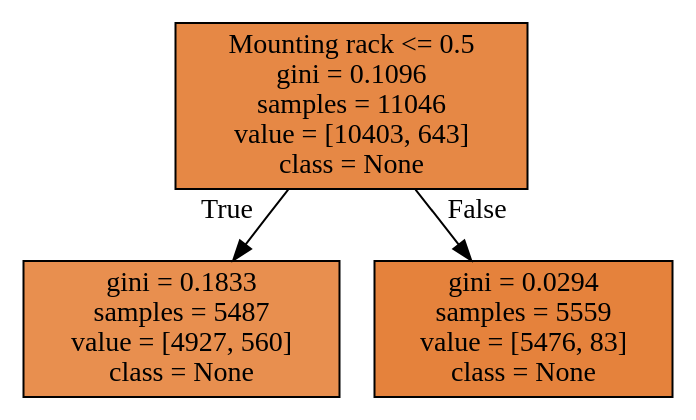
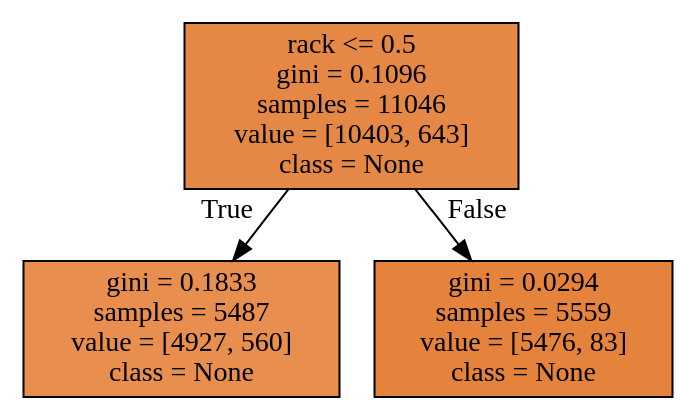
The diagram in degradation_modes/output/Cause Glass breakage.dot (hackingmaterials/duramat), drawn with Graphviz before and after one commit. The commit also changed 22 other files, not shown here.

```diff
--- a/degradation_modes/output/Cause Glass breakage.dot
+++ b/degradation_modes/output/Cause Glass breakage.dot
@@ -1,8 +1,8 @@
 digraph Tree {
 node [shape=box, style="filled", color="black"] ;
-0 [label="Mounting rack <= 0.5\ngini = 0.1096\nsamples = 11046\nvalue = [10403, 643]\nclass = None", fillcolor="#e58139ef"] ;
+0 [label="rack <= 0.5\ngini = 0.1096\nsamples = 11046\nvalue = [10403, 643]\nclass = None", fillcolor="#e58139ef"] ;
 1 [label="gini = 0.1833\nsamples = 5487\nvalue = [4927, 560]\nclass = None", fillcolor="#e58139e2"] ;
 0 -> 1 [labeldistance=2.5, labelangle=45, headlabel="True"] ;
 2 [label="gini = 0.0294\nsamples = 5559\nvalue = [5476, 83]\nclass = None", fillcolor="#e58139fb"] ;
 0 -> 2 [labeldistance=2.5, labelangle=-45, headlabel="False"] ;
 }
```
